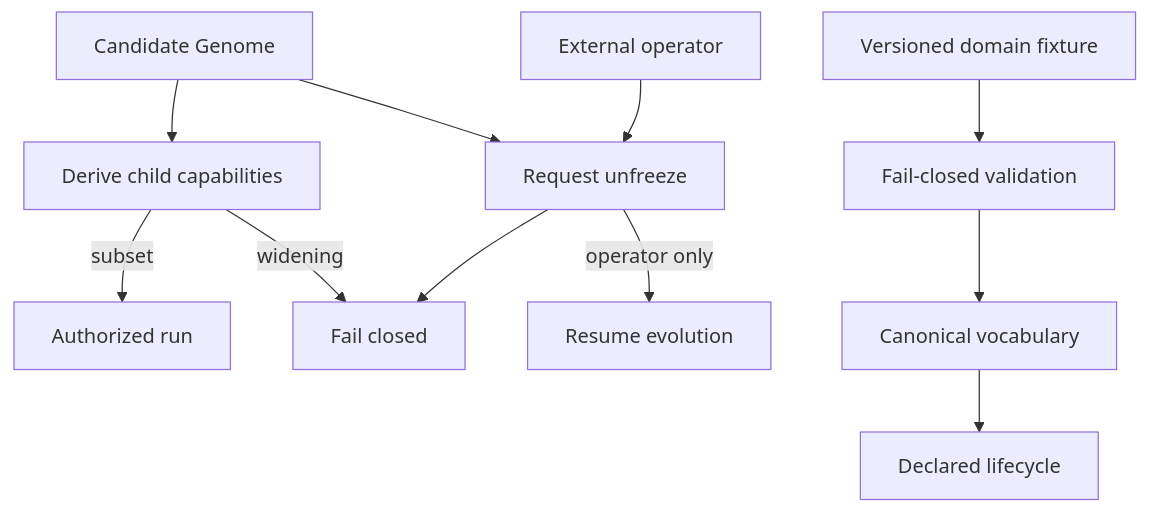
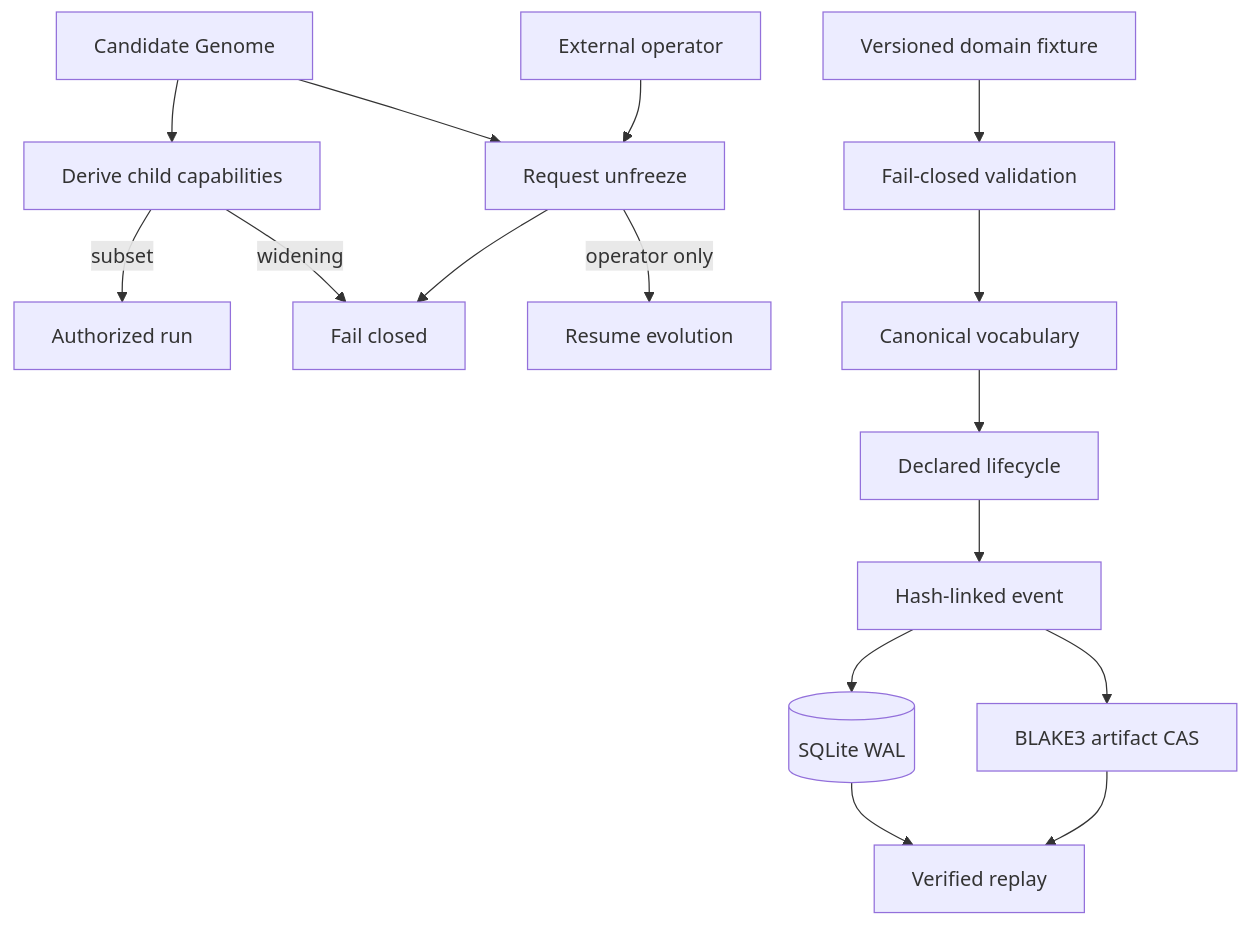
One commit to randyren278/Hephaestus changed the diagram in docs/ARCHITECTURE.md. Above: the diagram before and after it, drawn with Mermaid. The commit also changed other lines of this file and 12 other files, not shown here.

````diff
--- a/docs/ARCHITECTURE.md
+++ b/docs/ARCHITECTURE.md
@@ -5,13 +5,18 @@
 ```mermaid
 flowchart TD
     Candidate[Candidate Genome] --> Derive[Derive child capabilities]
     Derive -->|subset| Run[Authorized run]
     Derive -->|widening| Deny[Fail closed]
     Candidate --> Unfreeze[Request unfreeze]
     Unfreeze --> Deny
     Operator[External operator] --> Unfreeze
     Unfreeze -->|operator only| Resume[Resume evolution]
     Fixture[Versioned domain fixture] --> Validate[Fail-closed validation]
     Validate --> Vocabulary[Canonical vocabulary]
     Vocabulary --> Lifecycle[Declared lifecycle]
+    Lifecycle --> Event[Hash-linked event]
+    Event --> SQLite[(SQLite WAL)]
+    Event --> CAS[BLAKE3 artifact CAS]
+    SQLite --> Replay[Verified replay]
+    CAS --> Replay
 ```
````
